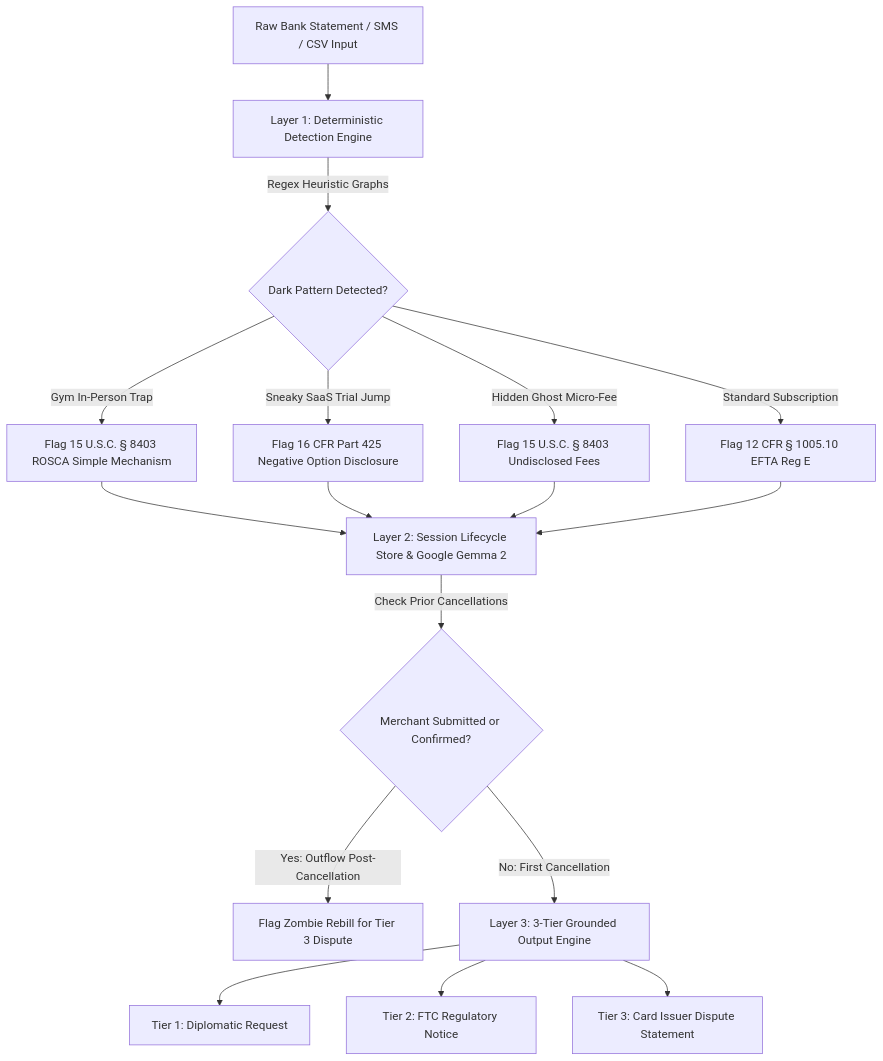
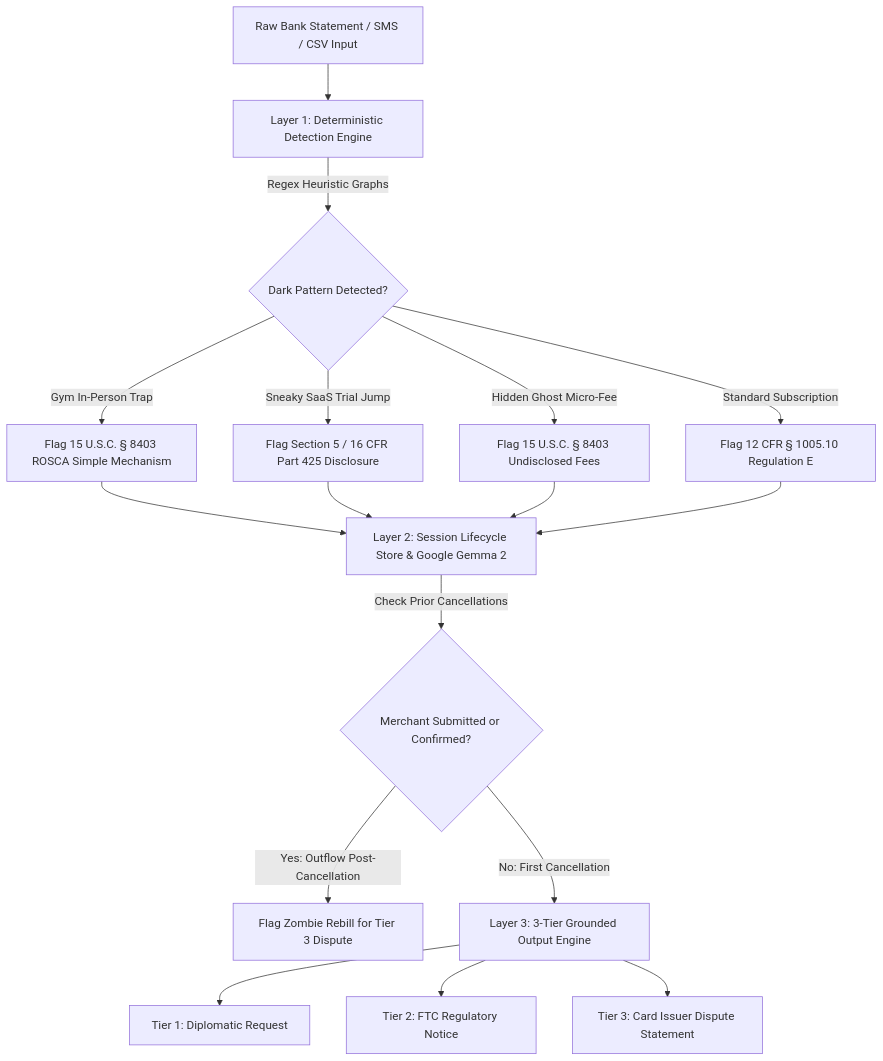
Before and after one commit to diusazzad/subsloth-ai: the diagram in README.md, drawn with Mermaid. The commit also changed other lines of this file and 6 other files, not shown here.

````diff
--- a/README.md
+++ b/README.md
@@ -45,16 +45,16 @@
 ```mermaid
 flowchart TD
     A[Raw Bank Statement / SMS / CSV Input] --> B[Layer 1: Deterministic Detection Engine]
     B -->|Regex Heuristic Graphs| C{Dark Pattern Detected?}
     C -->|Gym In-Person Trap| D[Flag 15 U.S.C. § 8403 ROSCA Simple Mechanism]
-    C -->|Sneaky SaaS Trial Jump| E[Flag 16 CFR Part 425 Negative Option Disclosure]
+    C -->|Sneaky SaaS Trial Jump| E[Flag Section 5 / 16 CFR Part 425 Disclosure]
     C -->|Hidden Ghost Micro-Fee| F[Flag 15 U.S.C. § 8403 Undisclosed Fees]
-    C -->|Standard Subscription| G[Flag 12 CFR § 1005.10 EFTA Reg E]
+    C -->|Standard Subscription| G[Flag 12 CFR § 1005.10 Regulation E]
     D & E & F & G --> H[Layer 2: Session Lifecycle Store & Google Gemma 2]
     H -->|Check Prior Cancellations| I{Merchant Submitted or Confirmed?}
     I -->|Yes: Outflow Post-Cancellation| J[Flag Zombie Rebill for Tier 3 Dispute]
     I -->|No: First Cancellation| K[Layer 3: 3-Tier Grounded Output Engine]
     K --> L[Tier 1: Diplomatic Request]
     K --> M[Tier 2: FTC Regulatory Notice]
     K --> N[Tier 3: Card Issuer Dispute Statement]
 ```
````
